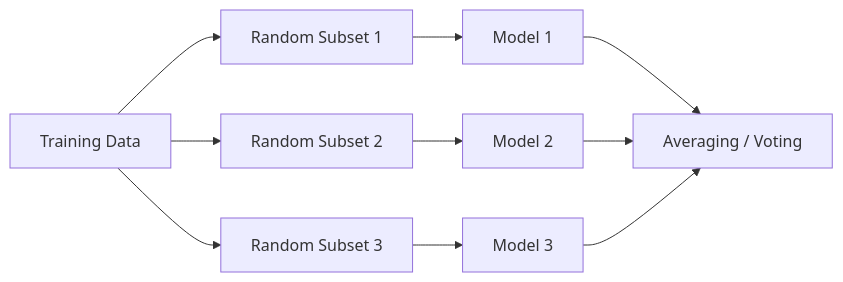
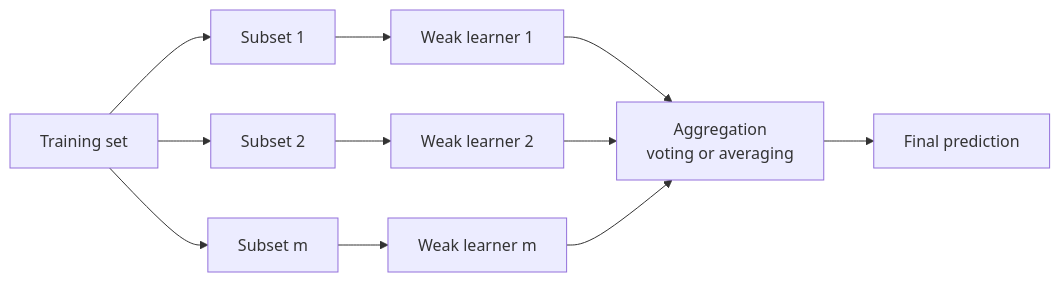
One commit to SureshAmal/learnmaker changed the eighth of 17 diagrams in ml-course/unit-2.md. Above: the diagram before and after it, drawn with Mermaid. The commit also changed other lines of this file and 668 other files, not shown here.

````diff
--- a/ml-course/unit-2.md
+++ b/ml-course/unit-2.md
@@ -244,12 +625,13 @@
 ```mermaid
 flowchart LR
-    A["Training Data"] --> B["Random Subset 1"]
-    A --> C["Random Subset 2"]
-    A --> D["Random Subset 3"]
-    B --> E["Model 1"]
-    C --> F["Model 2"]
-    D --> G["Model 3"]
-    E --> H["Averaging / Voting"]
+    A["Training set"] --> B["Subset 1"]
+    A --> C["Subset 2"]
+    A --> D["Subset m"]
+    B --> E["Weak learner 1"]
+    C --> F["Weak learner 2"]
+    D --> G["Weak learner m"]
+    E --> H["Aggregation<br/>voting or averaging"]
     F --> H
     G --> H
+    H --> I["Final prediction"]
 ```
````
